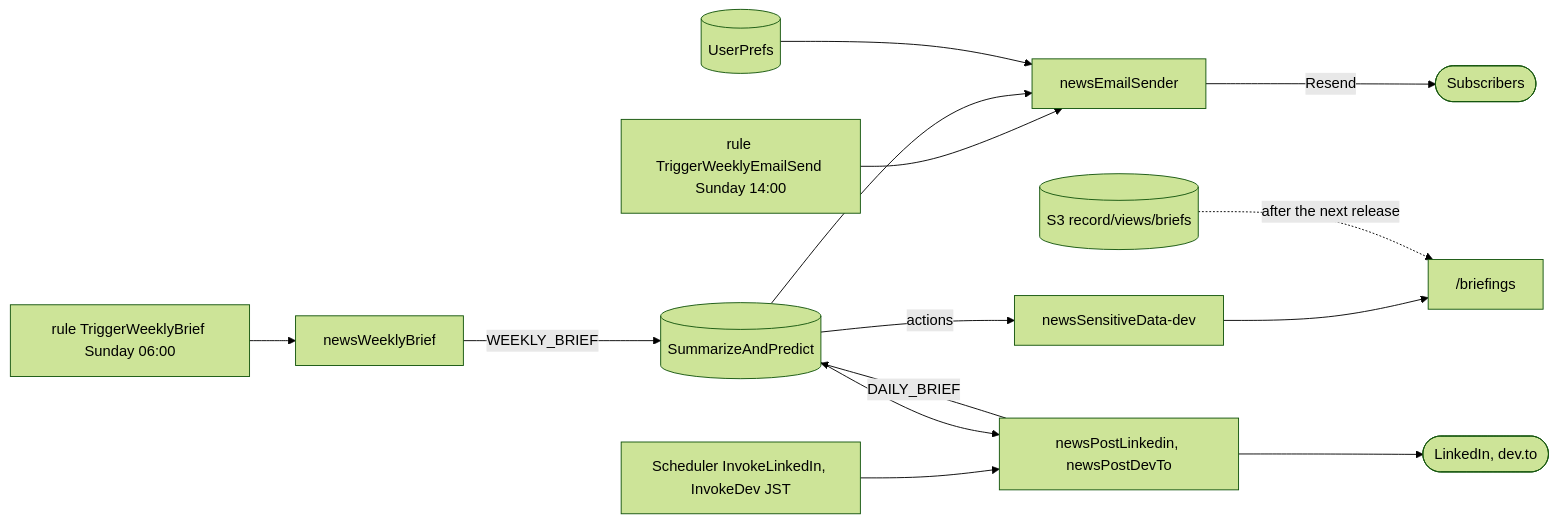
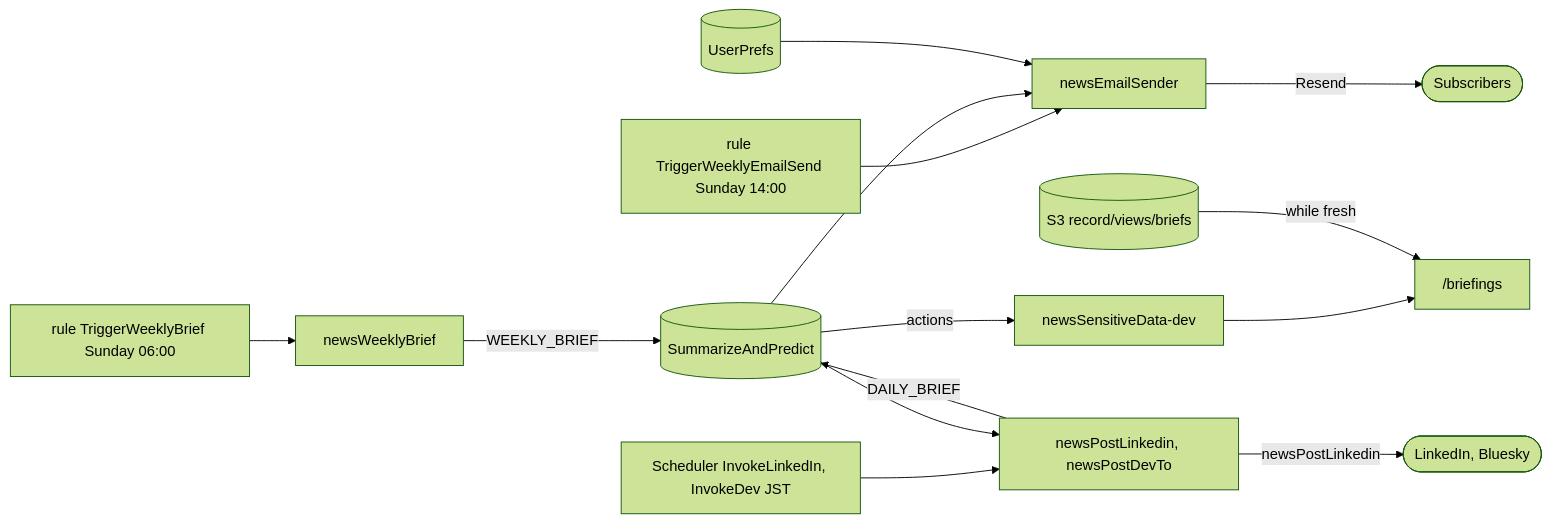
One commit to BenBen05059997/globalPerspective-v1 changed the seventh of 7 diagrams in project-docs/architecture/ARCHITECTURE.md. Above: the diagram before and after it, drawn with Mermaid (forest theme). The commit also changed other lines of this file and 6 other files, not shown here.

First line of the commit message:
Project docs: dev.to posting, the Markets table, "after the next release", brief-writer env and newsBoard switch state brought in line with the code

````diff
--- a/project-docs/architecture/ARCHITECTURE.md
+++ b/project-docs/architecture/ARCHITECTURE.md
@@ -238,16 +238,16 @@
 ```mermaid
 flowchart LR
   w[rule TriggerWeeklyBrief Sunday 06:00] --> wb[newsWeeklyBrief]
   wb -->|WEEKLY_BRIEF| d[(SummarizeAndPredict)]
   e[rule TriggerWeeklyEmailSend Sunday 14:00] --> es[newsEmailSender]
   d --> es
   u[(UserPrefs)] --> es
   es -->|Resend| sub([Subscribers])
   l[Scheduler InvokeLinkedIn, InvokeDev JST] --> po[newsPostLinkedin, newsPostDevTo]
   d --> po
-  po --> soc([LinkedIn, dev.to])
+  po -->|newsPostLinkedin| soc([LinkedIn, Bluesky])
   po -->|DAILY_BRIEF| d
   d -->|actions| px[newsSensitiveData-dev]
   px --> bp["/briefings"]
-  rv[(S3 record/views/briefs)] -.->|after the next release| bp
+  rv[(S3 record/views/briefs)] -->|while fresh| bp
 ```
````
